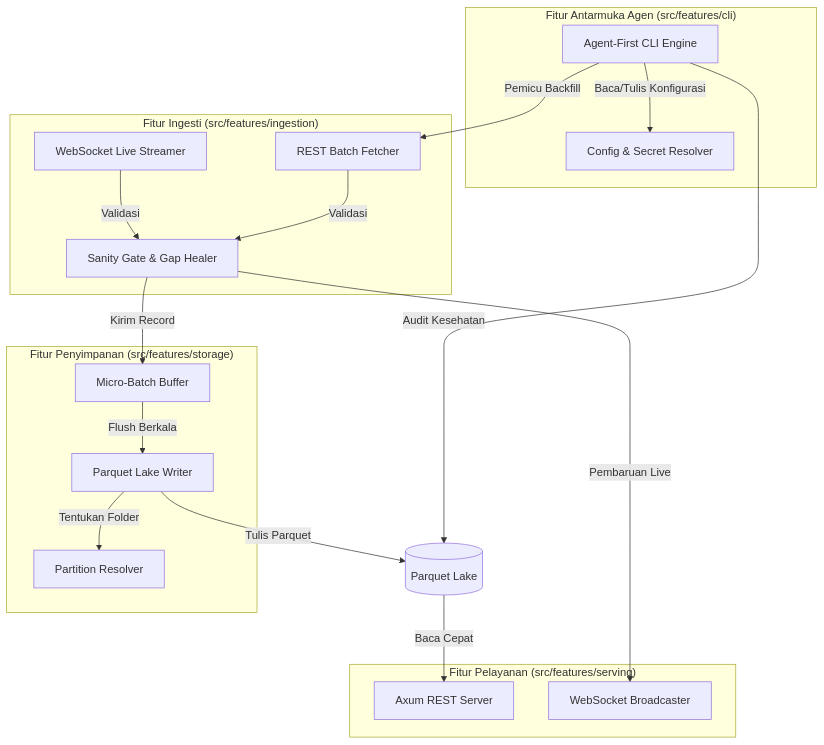
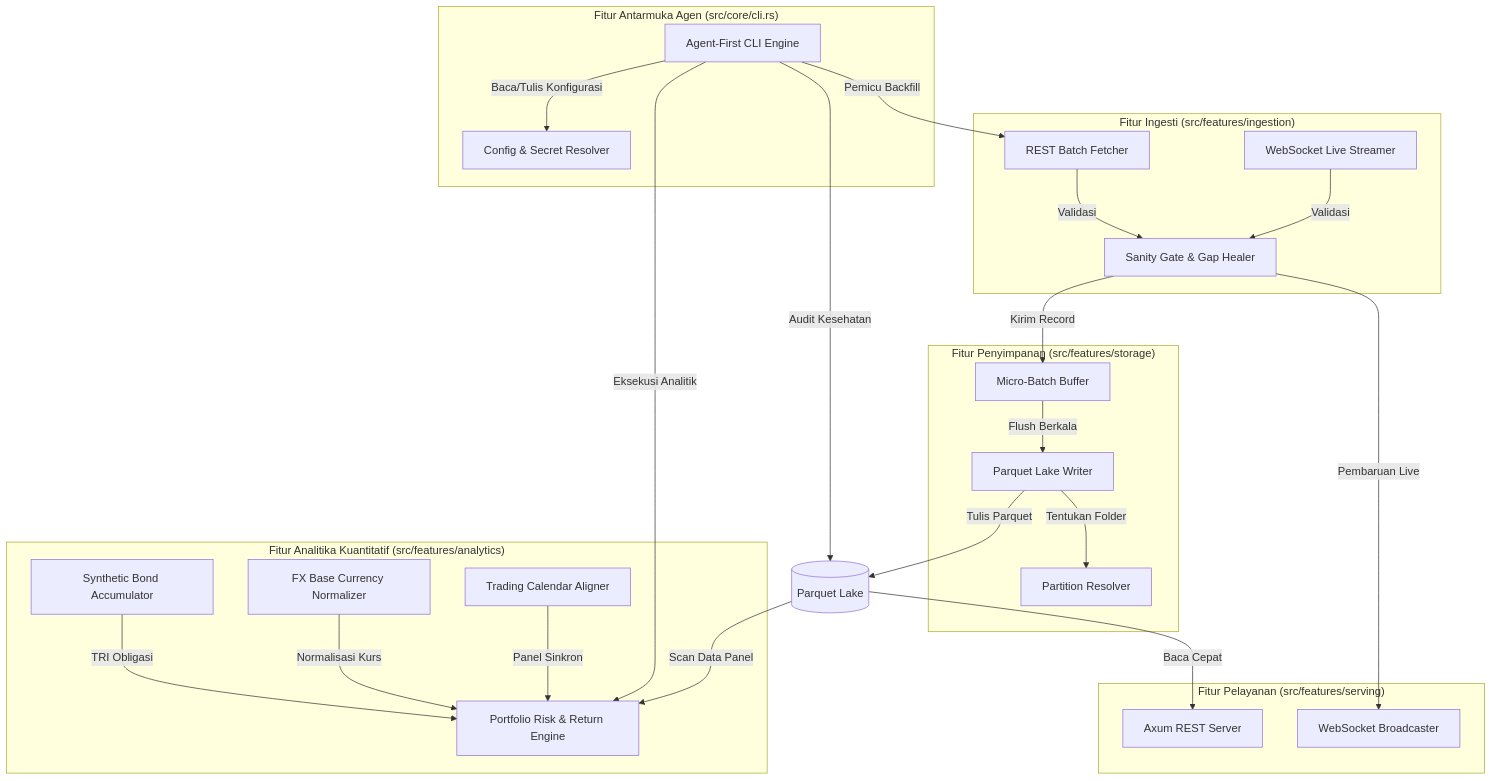
Before and after one commit to ihkaru/economy-aggregator: the diagram in docs/architecture/05_building_block_view.md, drawn with Mermaid. The commit also changed other lines of this file and 12 other files, not shown here.

Commit message:
feat(analytics): add calendar aligner, fx normalizer, synthetic bond tri, and native portfolio engine

````diff
--- a/docs/architecture/05_building_block_view.md
+++ b/docs/architecture/05_building_block_view.md
@@ -13,36 +13,48 @@
 ```mermaid
 graph TD
     subgraph IngestionSlice["Fitur Ingesti (src/features/ingestion)"]
         WS[WebSocket Live Streamer]
         REST[REST Batch Fetcher]
         SAN[Sanity Gate & Gap Healer]
     end
 
     subgraph StorageSlice["Fitur Penyimpanan (src/features/storage)"]
         BUF[Micro-Batch Buffer]
         WRITER[Parquet Lake Writer]
         RESOLVER[Partition Resolver]
     end
 
     subgraph ServingSlice["Fitur Pelayanan (src/features/serving)"]
         API[Axum REST Server]
         BC[WebSocket Broadcaster]
     end
 
-    subgraph CliSlice["Fitur Antarmuka Agen (src/features/cli)"]
+    subgraph CliSlice["Fitur Antarmuka Agen (src/core/cli.rs)"]
         CLI[Agent-First CLI Engine]
         CFG[Config & Secret Resolver]
+    end
+
+    subgraph AnalyticsSlice["Fitur Analitika Kuantitatif (src/features/analytics)"]
+        ALIGN[Trading Calendar Aligner]
+        FX[FX Base Currency Normalizer]
+        BOND[Synthetic Bond Accumulator]
+        PORT[Portfolio Risk & Return Engine]
     end
 
     WS -->|Validasi| SAN
     REST -->|Validasi| SAN
     SAN -->|Kirim Record| BUF
     BUF -->|Flush Berkala| WRITER
     WRITER -->|Tentukan Folder| RESOLVER
     WRITER -->|Tulis Parquet| DISK[(Parquet Lake)]
     DISK -->|Baca Cepat| API
+    DISK -->|Scan Data Panel| PORT
     SAN -->|Pembaruan Live| BC
     CLI -->|Baca/Tulis Konfigurasi| CFG
     CLI -->|Pemicu Backfill| REST
     CLI -->|Audit Kesehatan| DISK
+    CLI -->|Eksekusi Analitik| PORT
+    ALIGN -->|Panel Sinkron| PORT
+    FX -->|Normalisasi Kurs| PORT
+    BOND -->|TRI Obligasi| PORT
 ```
````
